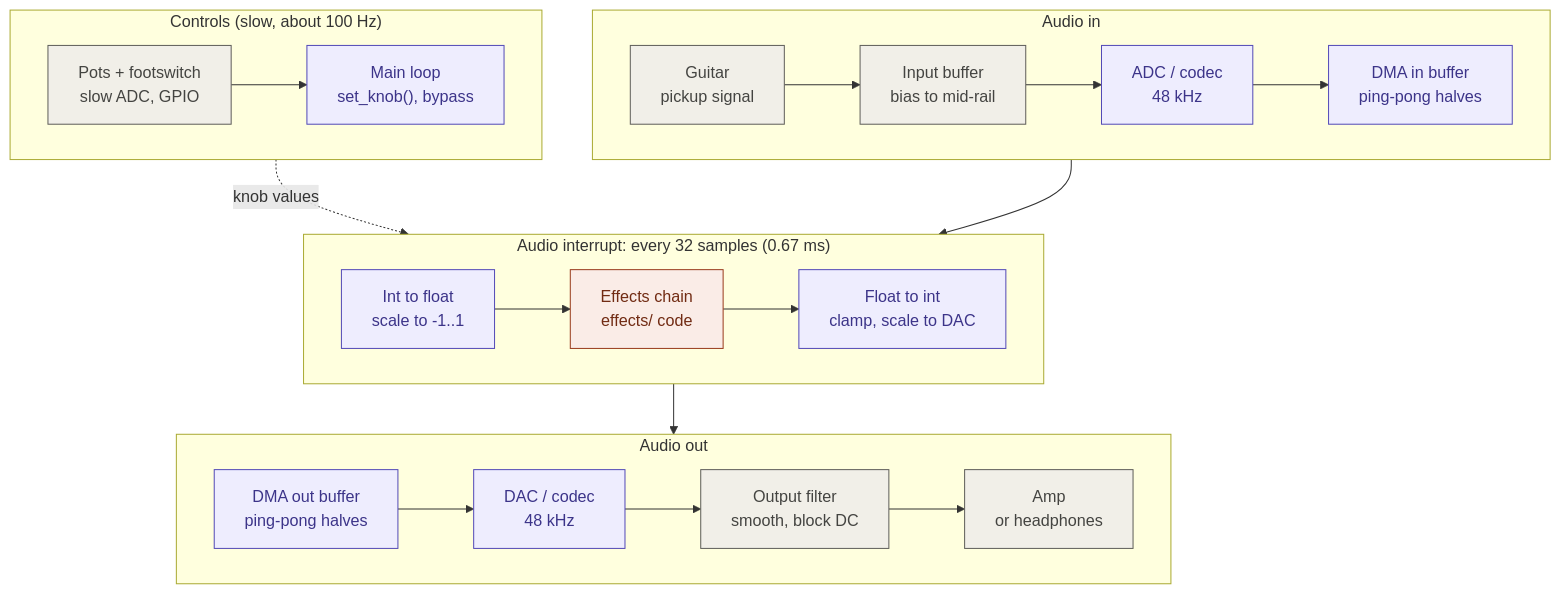
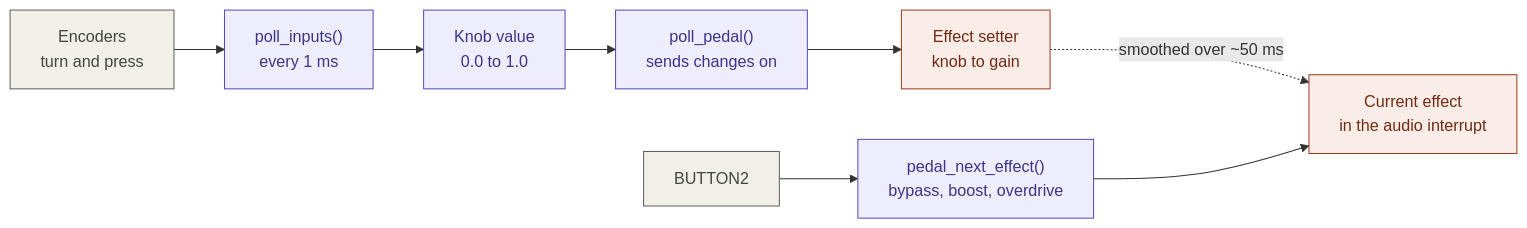
Before and after one commit to Shash0watt/The-ISMA-Guitar-Pedal: the second of 2 diagrams in docs/dataflow.md, drawn with Mermaid. The commit also changed other lines of this file and 2 other files, not shown here.

````diff
--- a/docs/dataflow.md
+++ b/docs/dataflow.md
@@ -48,33 +51,18 @@
 ```mermaid
-flowchart TB
-    subgraph audio_in["Audio in"]
-        direction LR
-        g["Guitar<br/>pickup signal"] --> ibuf["Input buffer<br/>bias to mid-rail"] --> adc["ADC / codec<br/>48 kHz"] --> dmain["DMA in buffer<br/>ping-pong halves"]
-    end
+flowchart LR
+    encoders["Encoders<br/>turn and press"] --> poll["poll_inputs()<br/>every 1 ms"]
+    poll --> knob["Knob value<br/>0.0 to 1.0"]
+    knob --> pedal["poll_pedal()<br/>sends changes on"]
+    pedal --> setter["Effect setter<br/>knob to gain"]
+    setter -. "smoothed over ~50 ms" .-> effect["Current effect<br/>in the audio interrupt"]
 
-    subgraph isr["Audio interrupt: every 32 samples (0.67 ms)"]
-        direction LR
-        i2f["Int to float<br/>scale to -1..1"] --> chain["Effects chain<br/>effects/ code"] --> f2i["Float to int<br/>clamp, scale to DAC"]
-    end
-
-    subgraph audio_out["Audio out"]
-        direction LR
-        dmaout["DMA out buffer<br/>ping-pong halves"] --> dac["DAC / codec<br/>48 kHz"] --> ofilt["Output filter<br/>smooth, block DC"] --> amp["Amp<br/>or headphones"]
-    end
-
-    subgraph controls["Controls (slow, about 100 Hz)"]
-        direction LR
-        pots["Pots + footswitch<br/>slow ADC, GPIO"] --> mainloop["Main loop<br/>set_knob(), bypass"]
-    end
-
-    dmain --> i2f
-    f2i --> dmaout
-    mainloop -. "knob values" .-> chain
+    button2["BUTTON2"] --> next["pedal_next_effect()<br/>bypass, boost, overdrive"]
+    next --> effect
 
     classDef analog fill:#F1EFE8,stroke:#5F5E5A,color:#444441
-    classDef fw fill:#EEEDFE,stroke:#534AB7,color:#3C3489
-    classDef shared fill:#FAECE7,stroke:#993C1D,color:#712B13
-    class g,ibuf,ofilt,amp,pots analog
-    class adc,dmain,i2f,f2i,dmaout,dac,mainloop fw
-    class chain shared
+    classDef firmware fill:#EEEDFE,stroke:#534AB7,color:#3C3489
+    classDef effects fill:#FAECE7,stroke:#993C1D,color:#712B13
+    class encoders,button2 analog
+    class poll,knob,pedal,next firmware
+    class setter,effect effects
 ```
````
